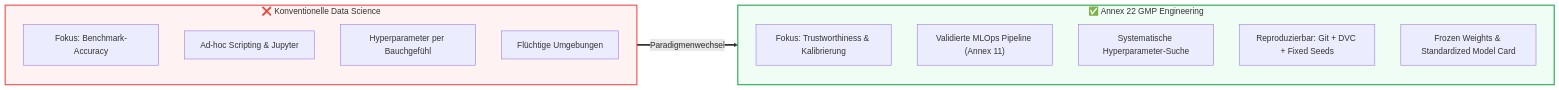
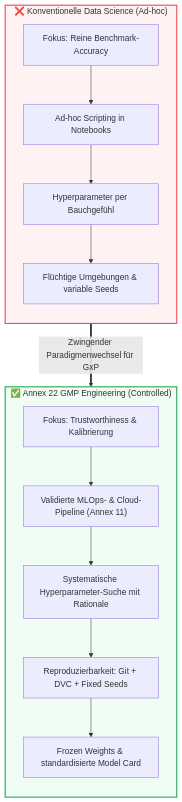
Before and after one commit to Lunaman06/Annex22: the diagram in docs/module_07_model_development_training.md, drawn with Mermaid. The commit also changed other lines of this file and 7 other files, not shown here.

````diff
--- a/docs/module_07_model_development_training.md
+++ b/docs/module_07_model_development_training.md
@@ -22,24 +22,22 @@
 ```mermaid
-flowchart LR
-    subgraph DataScience["❌ Konventionelle Data Science"]
+flowchart TD
+    subgraph DS["❌ Konventionelle Data Science (Ad-hoc)"]
         direction TB
-        DS1["Fokus: Benchmark-Accuracy"]
-        DS2["Ad-hoc Scripting & Jupyter"]
-        DS3["Hyperparameter per Bauchgefühl"]
-        DS4["Flüchtige Umgebungen"]
+        DS1["Fokus: Reine Benchmark-Accuracy"] --> DS2["Ad-hoc Scripting in Notebooks"]
+        DS2 --> DS3["Hyperparameter per Bauchgefühl"]
+        DS3 --> DS4["Flüchtige Umgebungen & variable Seeds"]
     end
 
-    subgraph Annex22["✅ Annex 22 GMP Engineering"]
+    DS ==>|Zwingender Paradigmenwechsel für GxP| A22
+
+    subgraph A22["✅ Annex 22 GMP Engineering (Controlled)"]
         direction TB
-        G1["Fokus: Trustworthiness & Kalibrierung"]
-        G2["Validierte MLOps Pipeline (Annex 11)"]
-        G3["Systematische Hyperparameter-Suche"]
-        G4["Reproduzierbar: Git + DVC + Fixed Seeds"]
-        G5["Frozen Weights & Standardized Model Card"]
+        G1["Fokus: Trustworthiness & Kalibrierung"] --> G2["Validierte MLOps- & Cloud-Pipeline (Annex 11)"]
+        G2 --> G3["Systematische Hyperparameter-Suche mit Rationale"]
+        G3 --> G4["Reproduzierbarkeit: Git + DVC + Fixed Seeds"]
+        G4 --> G5["Frozen Weights & standardisierte Model Card"]
     end
 
-    DataScience ==>|Paradigmenwechsel| Annex22
-
-    style DataScience fill:#fef2f2,stroke:#ef4444,stroke-width:2px
-    style Annex22 fill:#f0fdf4,stroke:#16a34a,stroke-width:2px
+    style DS fill:#fef2f2,stroke:#ef4444,stroke-width:2px
+    style A22 fill:#f0fdf4,stroke:#16a34a,stroke-width:2px
 ```
````
